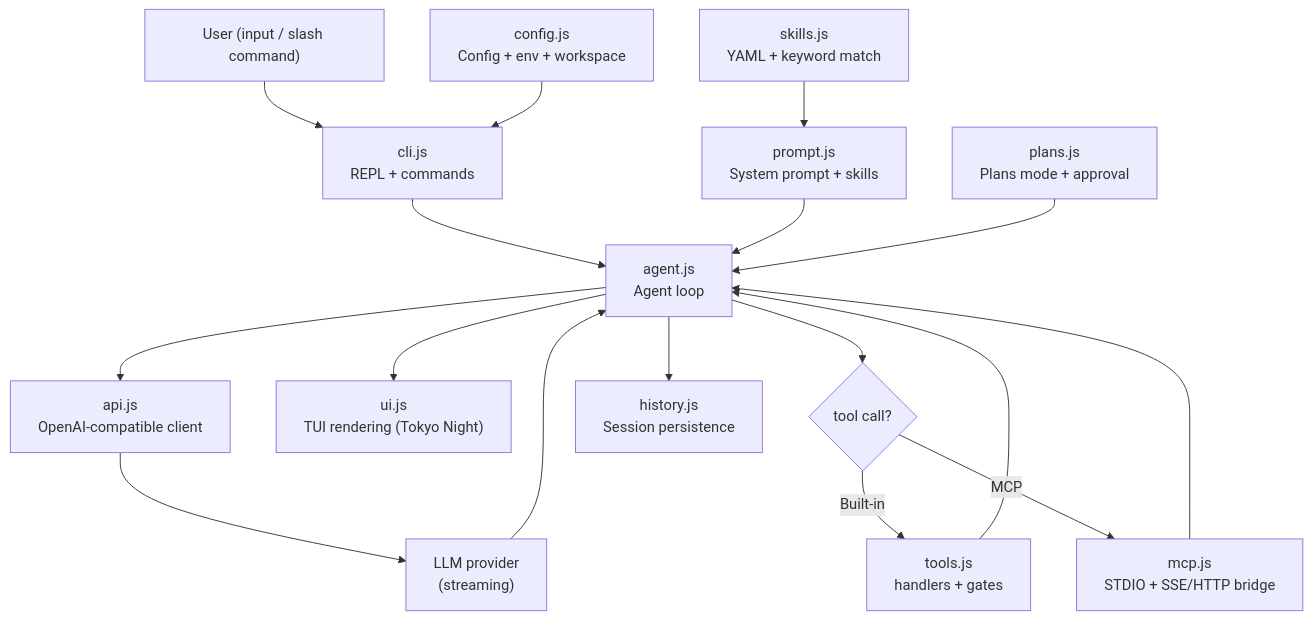
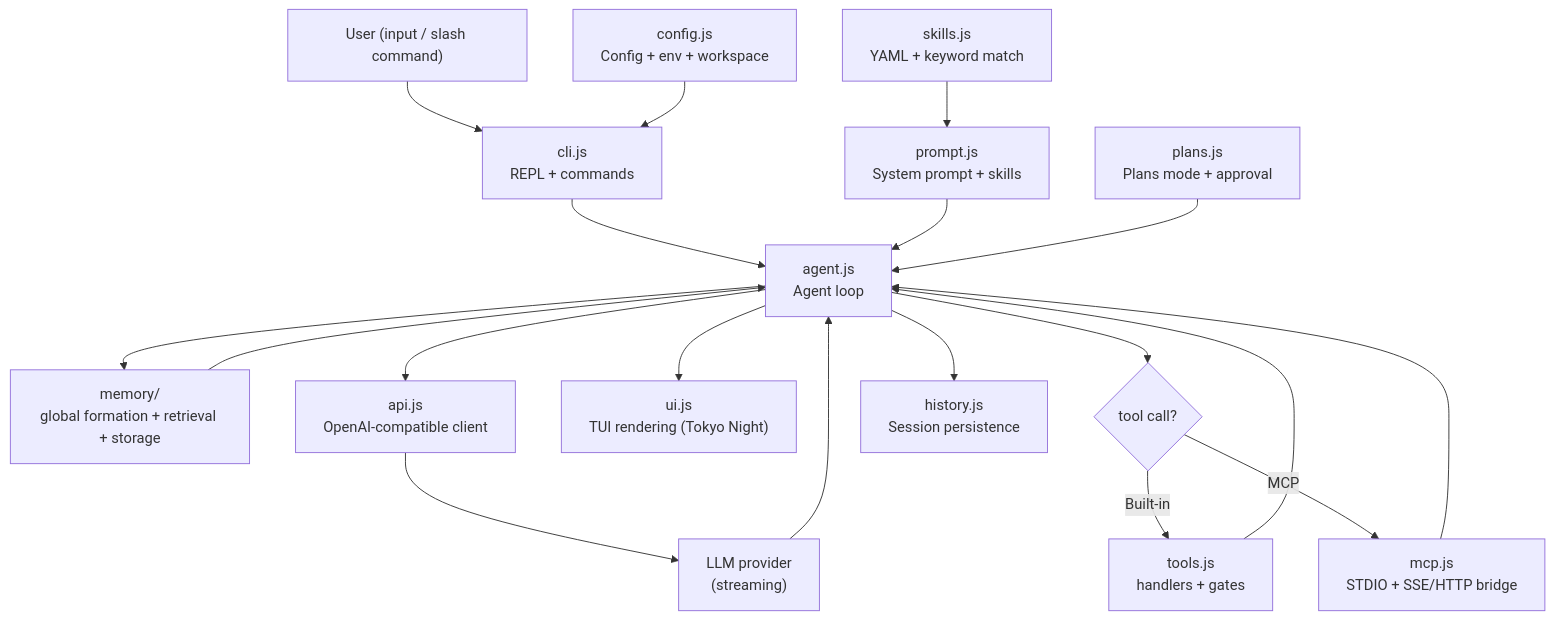
Before and after one commit to heyalmeida/emile-cli: the first of 2 diagrams in docs/architecture.md, drawn with Mermaid. The commit also changed other lines of this file and 20 other files, not shown here.

First line of the commit message:
docs(memory): close out user-global agent memory

````diff
--- a/docs/architecture.md
+++ b/docs/architecture.md
@@ -12,19 +12,21 @@
 ```mermaid
 flowchart TD
     U["User (input / slash command)"] --> CLI["cli.js<br/>REPL + commands"]
     CLI --> AGENT["agent.js<br/>Agent loop"]
     PROMPT["prompt.js<br/>System prompt + skills"] --> AGENT
     SKILLS["skills.js<br/>YAML + keyword match"] --> PROMPT
+    MEMORY["memory/<br/>global formation + retrieval + storage"] --> AGENT
+    AGENT --> MEMORY
     AGENT --> API["api.js<br/>OpenAI-compatible client"]
     API --> LLM["LLM provider<br/>(streaming)"]
     LLM --> AGENT
     AGENT --> UI["ui.js<br/>TUI rendering (Tokyo Night)"]
     AGENT --> TOOLS{"tool call?"}
     TOOLS -- "Built-in" --> HANDLERS["tools.js<br/>handlers + gates"]
     TOOLS -- "MCP" --> MCP["mcp.js<br/>STDIO + SSE/HTTP bridge"]
     HANDLERS --> AGENT
     MCP --> AGENT
     AGENT --> HIST["history.js<br/>Session persistence"]
     PLANS["plans.js<br/>Plans mode + approval"] --> AGENT
     CONFIG["config.js<br/>Config + env + workspace"] --> CLI
 ```
````
